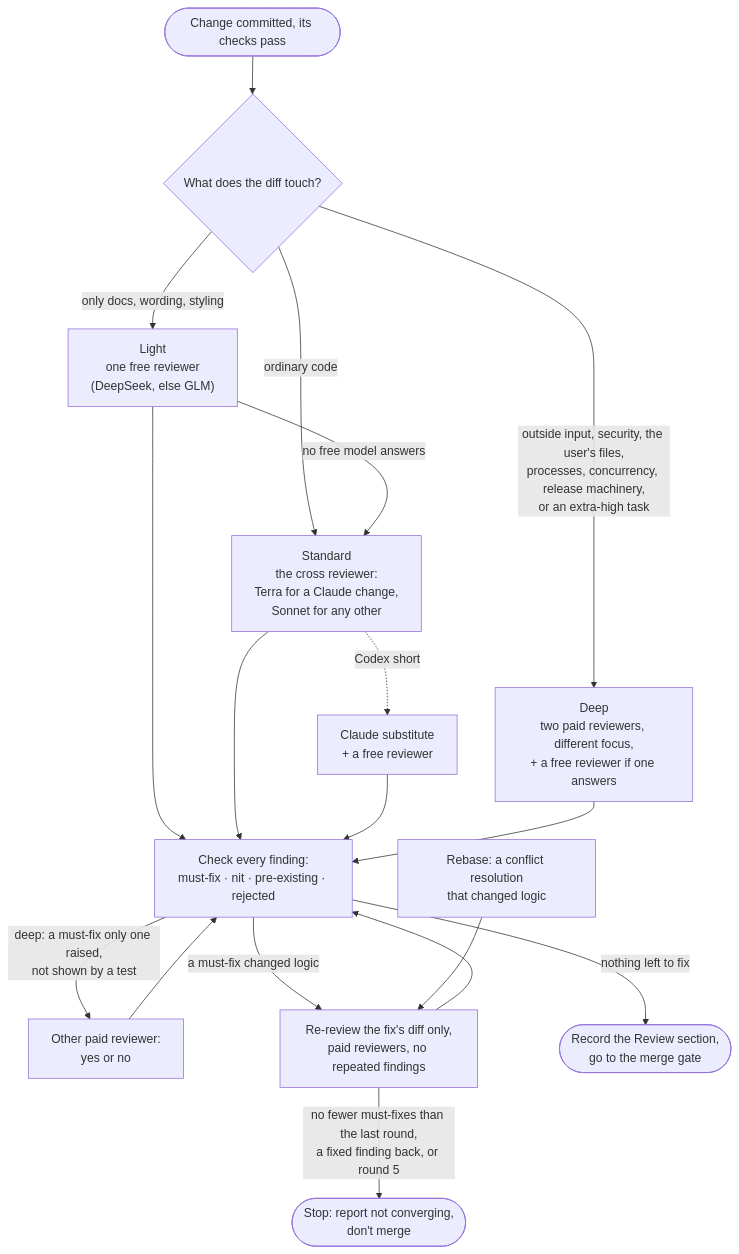
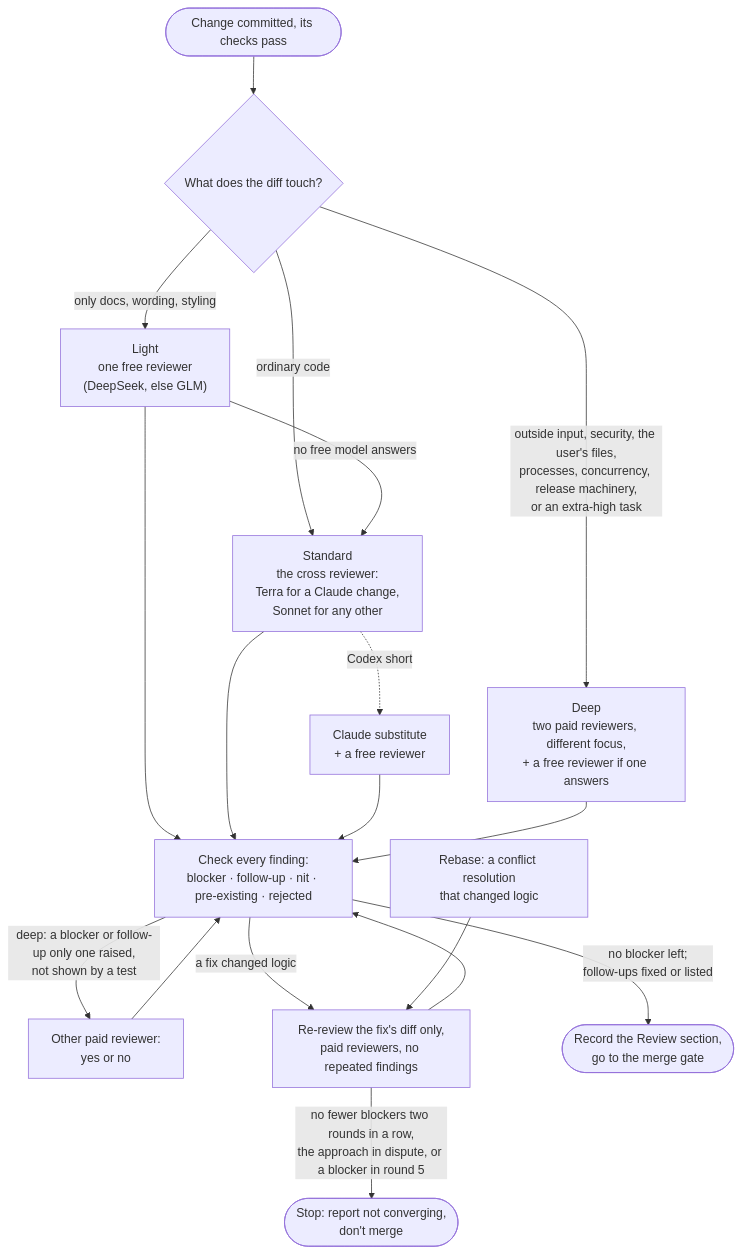
One commit to kristianbonnici/agent-skills changed the diagram in docs/skills/review-gate/README.md. Above: the diagram before and after it, drawn with Mermaid. The commit also changed other lines of this file and 10 other files, not shown here.

Commit message:
feat(skills): review-gate 3.0.0 and long-horizon-orchestrator 3.6.0: only blockers hold back a merge, follow-ups are listed; a stopped task with known fixes gets a fresh fix-up agent; large tasks merge in milestones

````diff
--- a/docs/skills/review-gate/README.md
+++ b/docs/skills/review-gate/README.md
@@ -12,17 +12,17 @@
 ```mermaid
 flowchart TD
   start([Change committed, its checks pass]) --> level{What does the diff touch?}
   level -->|"only docs, wording, styling"| light["Light<br/>one free reviewer<br/>(DeepSeek, else GLM)"]
   level -->|ordinary code| standard["Standard<br/>the cross reviewer:<br/>Terra for a Claude change,<br/>Sonnet for any other"]
   level -->|"outside input, security, the user's files,<br/>processes, concurrency, release machinery,<br/>or an extra-high task"| deep["Deep<br/>two paid reviewers, different focus,<br/>+ a free reviewer if one answers"]
   light -->|no free model answers| standard
   standard -.->|Codex short| sub["Claude substitute<br/>+ a free reviewer"]
-  light & standard & sub & deep --> sort["Check every finding:<br/>must-fix · nit · pre-existing · rejected"]
-  sort -->|"deep: a must-fix only one raised,<br/>not shown by a test"| second["Other paid reviewer:<br/>yes or no"]
+  light & standard & sub & deep --> sort["Check every finding:<br/>blocker · follow-up · nit · pre-existing · rejected"]
+  sort -->|"deep: a blocker or follow-up only one raised,<br/>not shown by a test"| second["Other paid reviewer:<br/>yes or no"]
   second --> sort
-  sort -->|a must-fix changed logic| rereview["Re-review the fix's diff only,<br/>paid reviewers, no repeated findings"]
+  sort -->|a fix changed logic| rereview["Re-review the fix's diff only,<br/>paid reviewers, no repeated findings"]
   rebase["Rebase: a conflict resolution<br/>that changed logic"] --> rereview
-  rereview -->|"no fewer must-fixes than the last round,<br/>a fixed finding back, or round 5"| stop([Stop: report not converging,<br/>don't merge])
+  rereview -->|"no fewer blockers two rounds in a row,<br/>the approach in dispute, or a blocker in round 5"| stop([Stop: report not converging,<br/>don't merge])
   rereview --> sort
-  sort -->|nothing left to fix| record([Record the Review section,<br/>go to the merge gate])
+  sort -->|"no blocker left;<br/>follow-ups fixed or listed"| record([Record the Review section,<br/>go to the merge gate])
 ```
````
